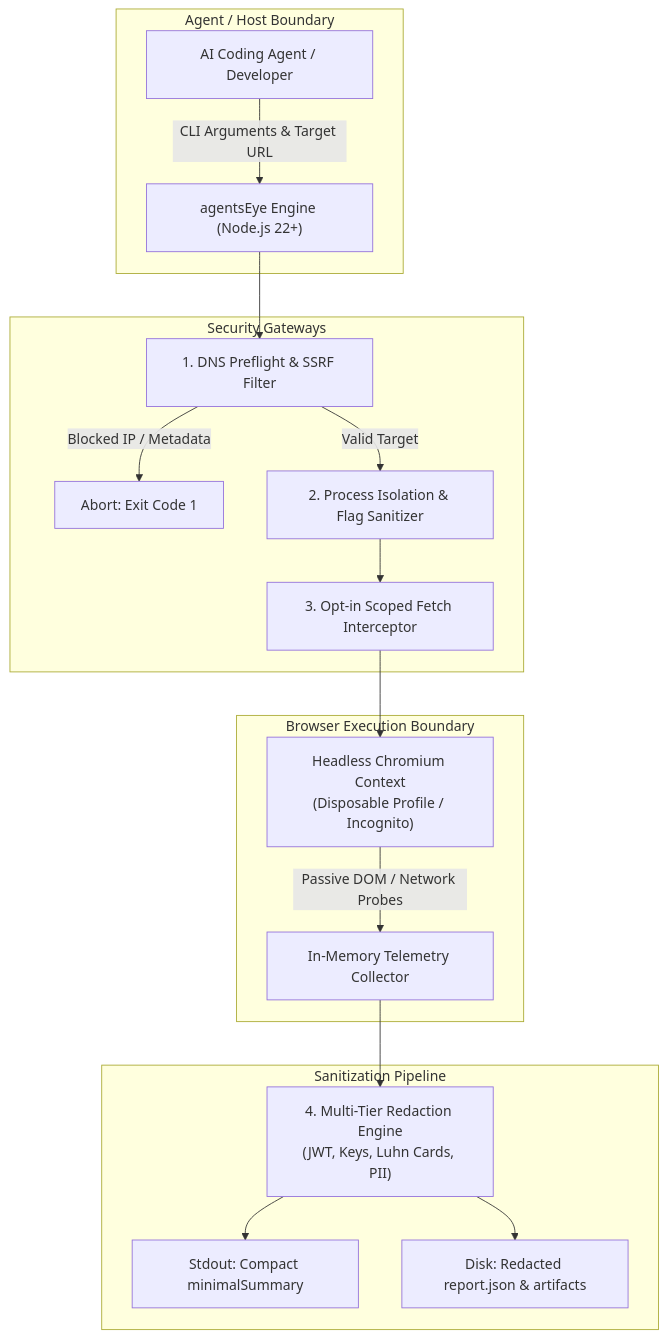
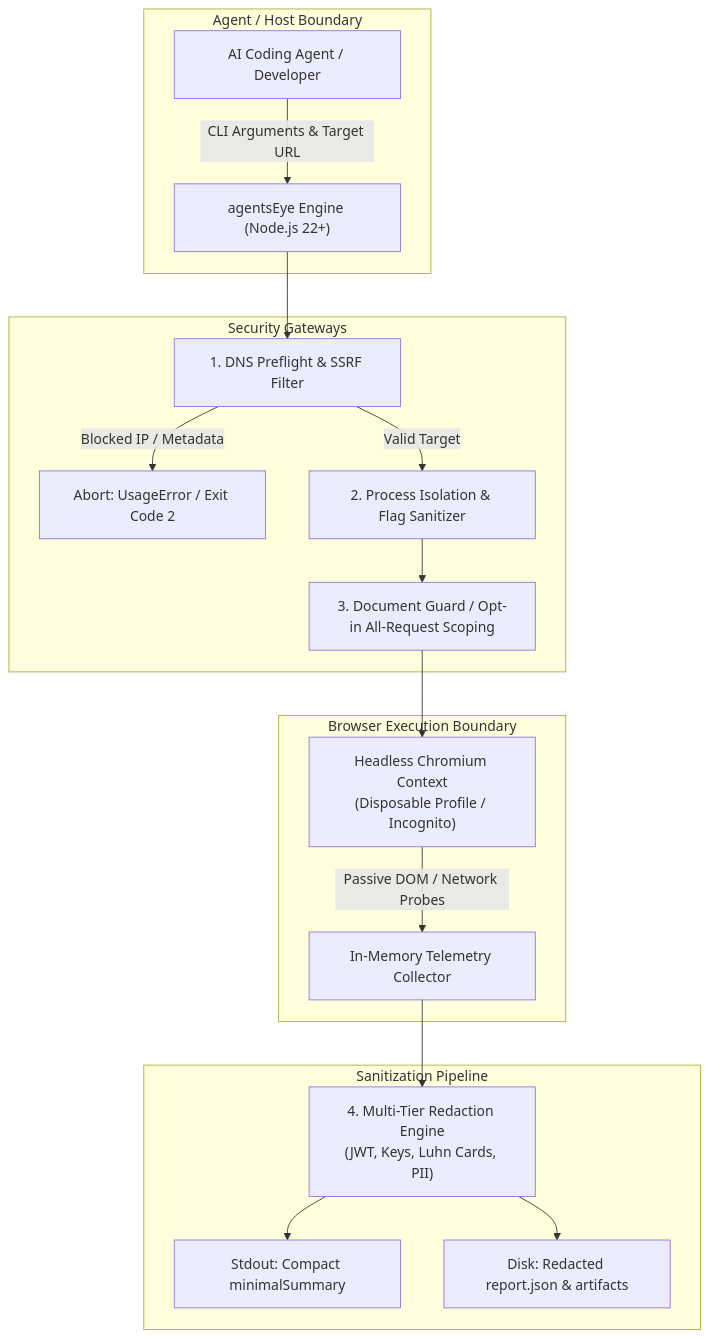
Before and after one commit to herehossein/AgentsEye: the diagram in references/security-model.md, drawn with Mermaid. The commit also changed other lines of this file and 11 other files, not shown here.

````diff
--- a/references/security-model.md
+++ b/references/security-model.md
@@ -12,24 +12,24 @@
 ```mermaid
 flowchart TD
     subgraph Agent / Host Boundary
         A["AI Coding Agent / Developer"] -->|"CLI Arguments & Target URL"| B["agentsEye Engine (Node.js 22+)"]
     end
 
     subgraph Security Gateways
         B --> G1["1. DNS Preflight & SSRF Filter"]
-        G1 -->|Blocked IP / Metadata| X1["Abort: Exit Code 1"]
+        G1 -->|Blocked IP / Metadata| X1["Abort: UsageError / Exit Code 2"]
         G1 -->|Valid Target| G2["2. Process Isolation & Flag Sanitizer"]
-        G2 --> G3["3. Opt-in Scoped Fetch Interceptor"]
+        G2 --> G3["3. Document Guard / Opt-in All-Request Scoping"]
     end
 
     subgraph Browser Execution Boundary
         G3 --> C["Headless Chromium Context<br/>(Disposable Profile / Incognito)"]
         C -->|Passive DOM / Network Probes| D["In-Memory Telemetry Collector"]
     end
 
     subgraph Sanitization Pipeline
         D --> E["4. Multi-Tier Redaction Engine<br/>(JWT, Keys, Luhn Cards, PII)"]
         E --> F["Stdout: Compact minimalSummary"]
         E --> G["Disk: Redacted report.json & artifacts"]
     end
 ```
````
